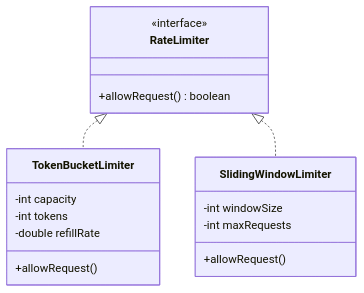
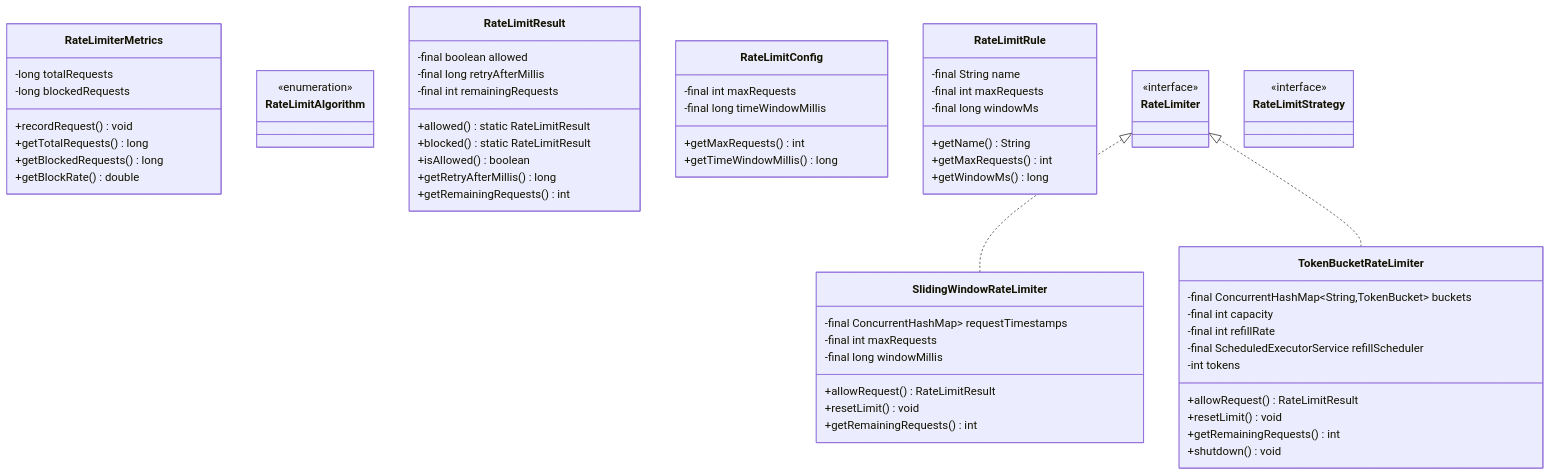
One commit to dlkr18/lld-playbook changed the diagram in docs/problems/ratelimiter/README.md. Above: the diagram before and after it, drawn with Mermaid. The commit also changed 131 other files, not shown here.

First line of the commit message:
feat: regenerate all class diagrams with comprehensive Java-based models

````diff
--- a/docs/problems/ratelimiter/README.md
+++ b/docs/problems/ratelimiter/README.md
@@ -92,20 +92,72 @@
 ```mermaid
 classDiagram
-    class RateLimiter {
-        <<interface>>
-        +allowRequest() boolean
+
+    class SlidingWindowRateLimiter {
+        -final ConcurrentHashMap<String, Queue<Long>> requestTimestamps
+        -final int maxRequests
+        -final long windowMillis
+        +allowRequest() RateLimitResult
+        +resetLimit() void
+        +getRemainingRequests() int
     }
-    class TokenBucketLimiter {
-        -int capacity
+
+    class TokenBucketRateLimiter {
+        -final ConcurrentHashMap~String,TokenBucket~ buckets
+        -final int capacity
+        -final int refillRate
+        -final ScheduledExecutorService refillScheduler
         -int tokens
-        -double refillRate
-        +allowRequest()
+        +allowRequest() RateLimitResult
+        +resetLimit() void
+        +getRemainingRequests() int
+        +shutdown() void
     }
-    class SlidingWindowLimiter {
-        -int windowSize
-        -int maxRequests
-        +allowRequest()
+
+    class RateLimiterMetrics {
+        -long totalRequests
+        -long blockedRequests
+        +recordRequest() void
+        +getTotalRequests() long
+        +getBlockedRequests() long
+        +getBlockRate() double
     }
-    RateLimiter <|.. TokenBucketLimiter
-    RateLimiter <|.. SlidingWindowLimiter
+
+    class RateLimitAlgorithm
+    <<enumeration>> RateLimitAlgorithm
+
+    class RateLimitResult {
+        -final boolean allowed
+        -final long retryAfterMillis
+        -final int remainingRequests
+        +allowed() static RateLimitResult
+        +blocked() static RateLimitResult
+        +isAllowed() boolean
+        +getRetryAfterMillis() long
+        +getRemainingRequests() int
+    }
+
+    class RateLimitConfig {
+        -final int maxRequests
+        -final long timeWindowMillis
+        +getMaxRequests() int
+        +getTimeWindowMillis() long
+    }
+
+    class RateLimitRule {
+        -final String name
+        -final int maxRequests
+        -final long windowMs
+        +getName() String
+        +getMaxRequests() int
+        +getWindowMs() long
+    }
+
+    class RateLimiter
+    <<interface>> RateLimiter
+
+    class RateLimitStrategy
+    <<interface>> RateLimitStrategy
+
+    RateLimiter <|.. SlidingWindowRateLimiter
+    RateLimiter <|.. TokenBucketRateLimiter
 ```
````
